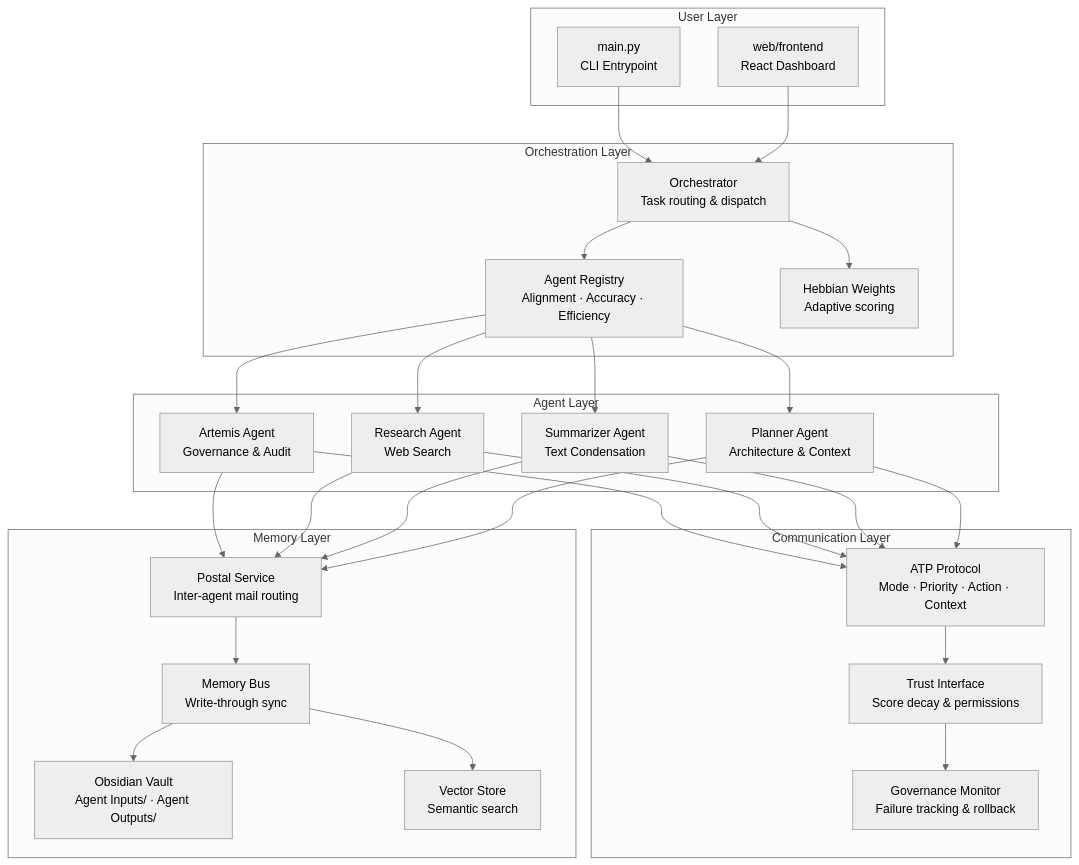
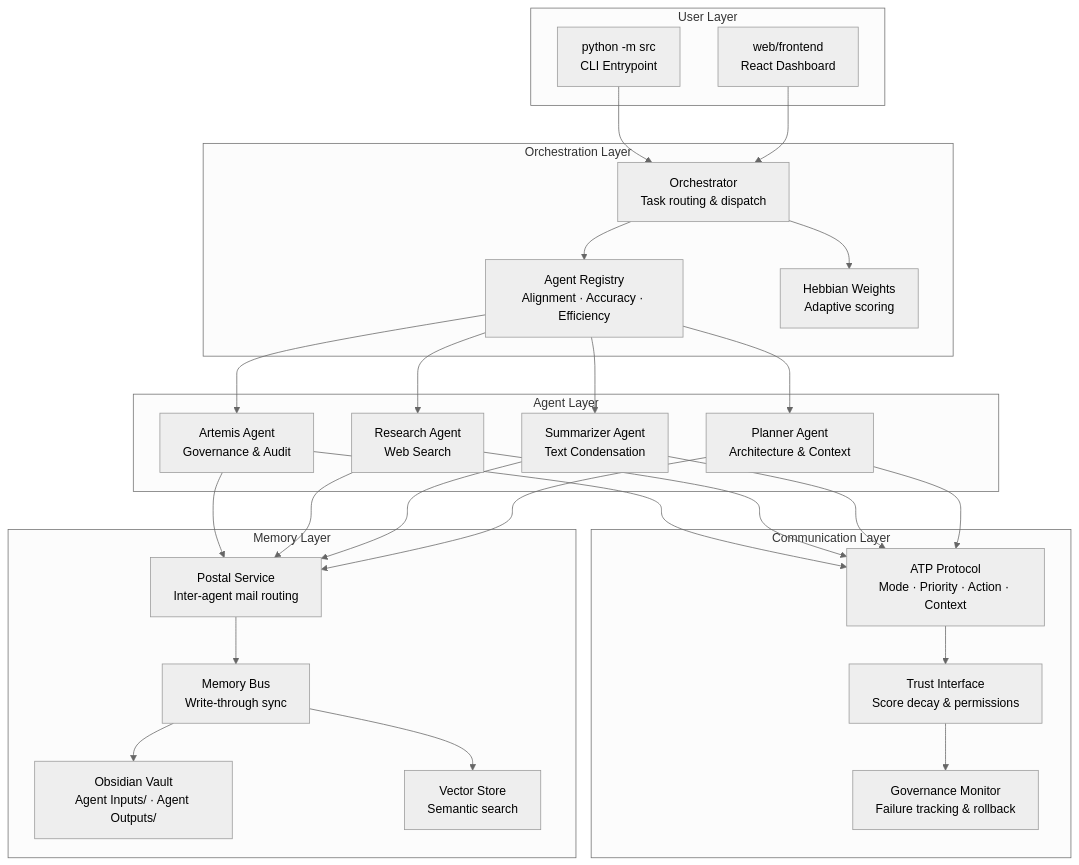
The diagram in README.md (AgenticGovernace/AgenticGovernance-ArtemisCity), drawn with Mermaid (neutral theme) before and after one commit. The commit also changed other lines of this file and 4 other files, not shown here.

````diff
--- a/README.md
+++ b/README.md
@@ -24,46 +24,46 @@
 ```mermaid
 graph TB
 subgraph User["User Layer"]
-    CLI["main.py<br/>CLI Entrypoint"]
+    CLI["python -m src<br/>CLI Entrypoint"]
     WebUI["web/frontend<br/>React Dashboard"]
 end
 
 subgraph Orchestration["Orchestration Layer"]
     ORC["Orchestrator<br/>Task routing & dispatch"]
     REG["Agent Registry<br/>Alignment · Accuracy · Efficiency"]
     HEB["Hebbian Weights<br/>Adaptive scoring"]
 end
 
 subgraph Agents["Agent Layer"]
     ART["Artemis Agent<br/>Governance & Audit"]
     RES["Research Agent<br/>Web Search"]
     SUM["Summarizer Agent<br/>Text Condensation"]
     PLN["Planner Agent<br/>Architecture & Context"]
 end
 
 subgraph Protocol["Communication Layer"]
     ATP["ATP Protocol<br/>Mode · Priority · Action · Context"]
     TRUST["Trust Interface<br/>Score decay & permissions"]
     GOV["Governance Monitor<br/>Failure tracking & rollback"]
 end
 
 subgraph Memory["Memory Layer"]
     OBS["Obsidian Vault<br/>Agent Inputs/ · Agent Outputs/"]
     VEC["Vector Store<br/>Semantic search"]
     BUS["Memory Bus<br/>Write-through sync"]
     POST["Postal Service<br/>Inter-agent mail routing"]
 end
 
 CLI --> ORC
 WebUI --> ORC
 ORC --> REG
 ORC --> HEB
 REG --> ART & RES & SUM & PLN
 ART & RES & SUM & PLN --> ATP
 ATP --> TRUST
 TRUST --> GOV
 ART & RES & SUM & PLN --> POST
 POST --> BUS
 BUS --> OBS
 BUS --> VEC
 ```
````
